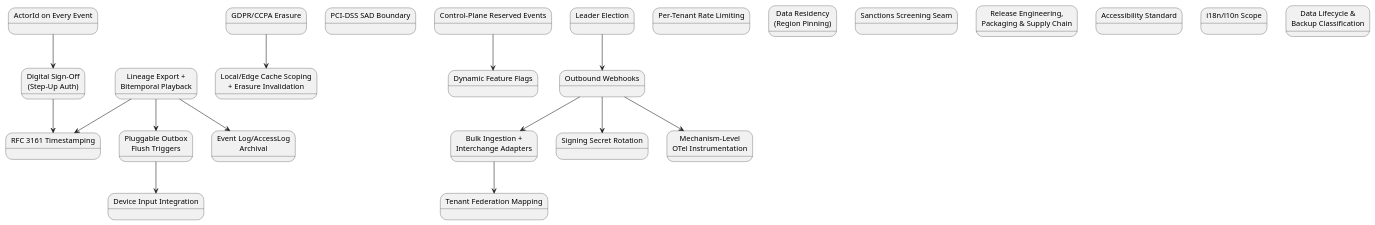
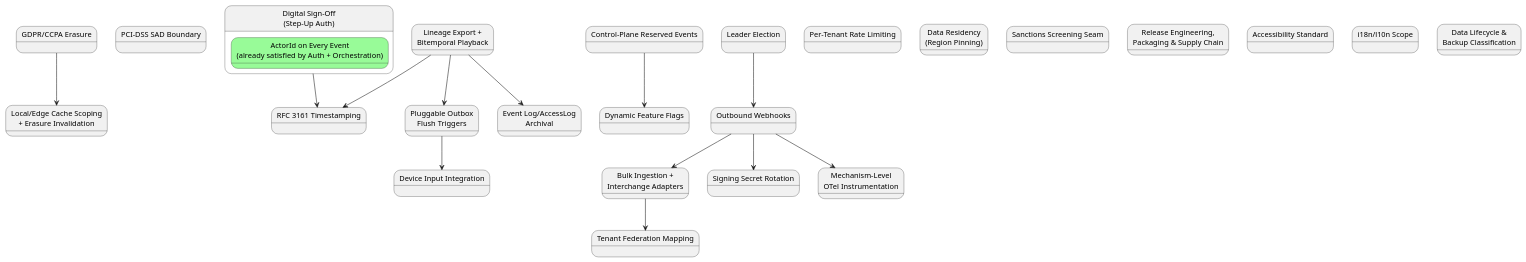
Before and after one commit to Mwwhited-BookLearning/EventSourcing: the second of 2 diagrams in docs/08-build-plan.md, drawn with PlantUML. The commit also changed other lines of this file and 25 other files, not shown here.

````diff
--- a/docs/08-build-plan.md
+++ b/docs/08-build-plan.md
@@ -321,43 +321,43 @@
 ```plantuml
 @startuml BuildPlan_Additions
-state "ActorId on Every Event" as a1
 state "GDPR/CCPA Erasure" as a2
 state "PCI-DSS SAD Boundary" as a3
 state "Local/Edge Cache Scoping\n+ Erasure Invalidation" as a4
-state "Digital Sign-Off\n(Step-Up Auth)" as a5
+state "Digital Sign-Off\n(Step-Up Auth)" as a5 {
+  state "ActorId on Every Event\n(already satisfied by Auth + Orchestration)" as a1 #palegreen
+}
 state "Control-Plane Reserved Events" as a6
 state "Dynamic Feature Flags" as a7
 state "Leader Election" as a8
 state "Per-Tenant Rate Limiting" as a9
 state "Outbound Webhooks" as a10
 state "Data Residency\n(Region Pinning)" as a11
 state "Tenant Federation Mapping" as a12
 state "Bulk Ingestion +\nInterchange Adapters" as a13
 state "Sanctions Screening Seam" as a14
 state "Release Engineering,\nPackaging & Supply Chain" as a15
 state "Signing Secret Rotation" as a16
 state "Lineage Export +\nBitemporal Playback" as a17
 state "RFC 3161 Timestamping" as a18
 state "Pluggable Outbox\nFlush Triggers" as a19
 state "Device Input Integration" as a20
 state "Accessibility Standard" as a21
 state "i18n/l10n Scope" as a22
 state "Mechanism-Level\nOTel Instrumentation" as a23
 state "Event Log/AccessLog\nArchival" as a24
 state "Data Lifecycle &\nBackup Classification" as a25
 
 a2 --> a4
-a1 --> a5
 a6 --> a7
 a8 --> a10
 a10 --> a13
 a10 --> a16
 a13 --> a12
 a5 --> a18
 a17 --> a18
 a17 --> a19
 a19 --> a20
 a17 --> a24
 a10 --> a23
 @enduml
 ```
````
